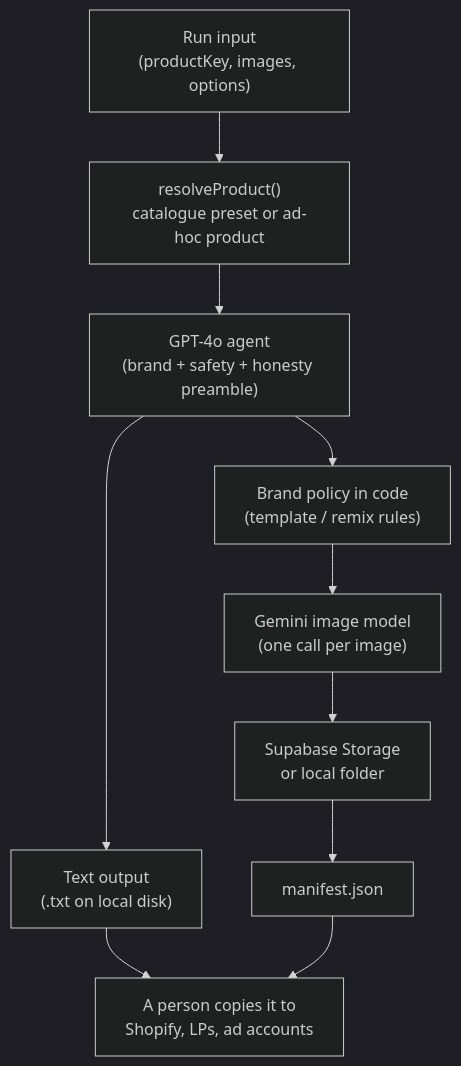
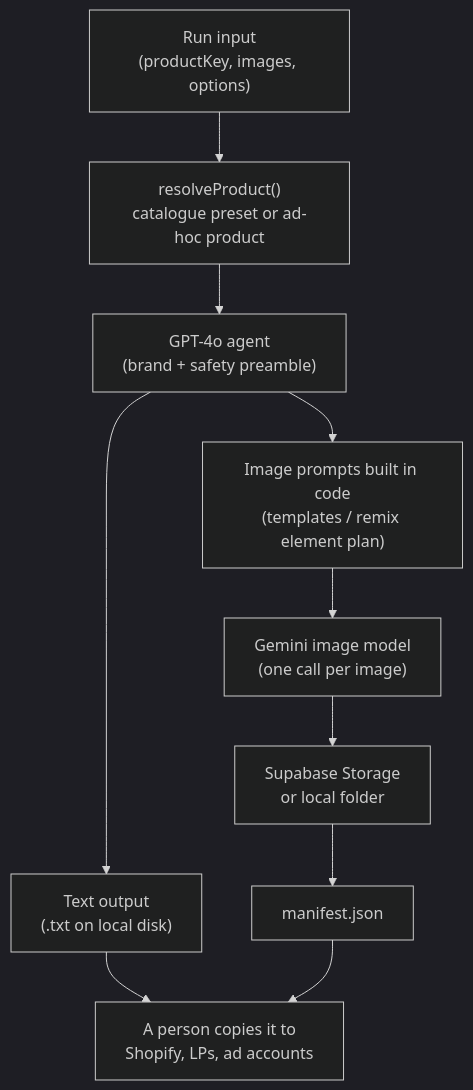
Before and after one commit to dcDalin/terravow-workflows: the diagram in docs/overview.md, drawn with Mermaid (dark theme). The commit also changed other lines of this file and 42 other files, not shown here.

First line of the commit message:
Remove honesty policy and content gates

````diff
--- a/docs/overview.md
+++ b/docs/overview.md
@@ -26,12 +26,12 @@
 ```mermaid
 flowchart TD
   input["Run input<br/>(productKey, images, options)"] --> resolve["resolveProduct()<br/>catalogue preset or ad-hoc product"]
-  resolve --> agent["GPT-4o agent<br/>(brand + safety + honesty preamble)"]
-  agent --> policy["Brand policy in code<br/>(template / remix rules)"]
-  policy --> gemini["Gemini image model<br/>(one call per image)"]
+  resolve --> agent["GPT-4o agent<br/>(brand + safety preamble)"]
+  agent --> prompts["Image prompts built in code<br/>(templates / remix element plan)"]
+  prompts --> gemini["Gemini image model<br/>(one call per image)"]
   agent --> text["Text output<br/>(.txt on local disk)"]
   gemini --> store["Supabase Storage<br/>or local folder"]
   store --> manifest["manifest.json"]
   text --> human["A person copies it to<br/>Shopify, LPs, ad accounts"]
   manifest --> human
 ```
````
